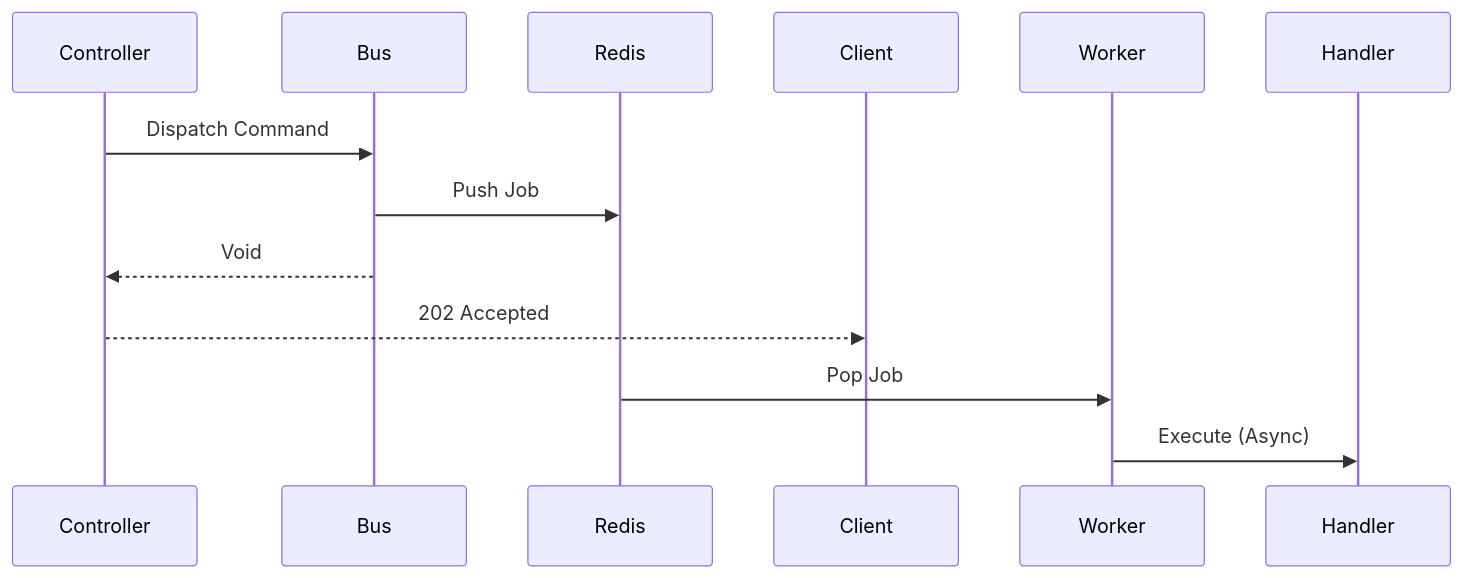
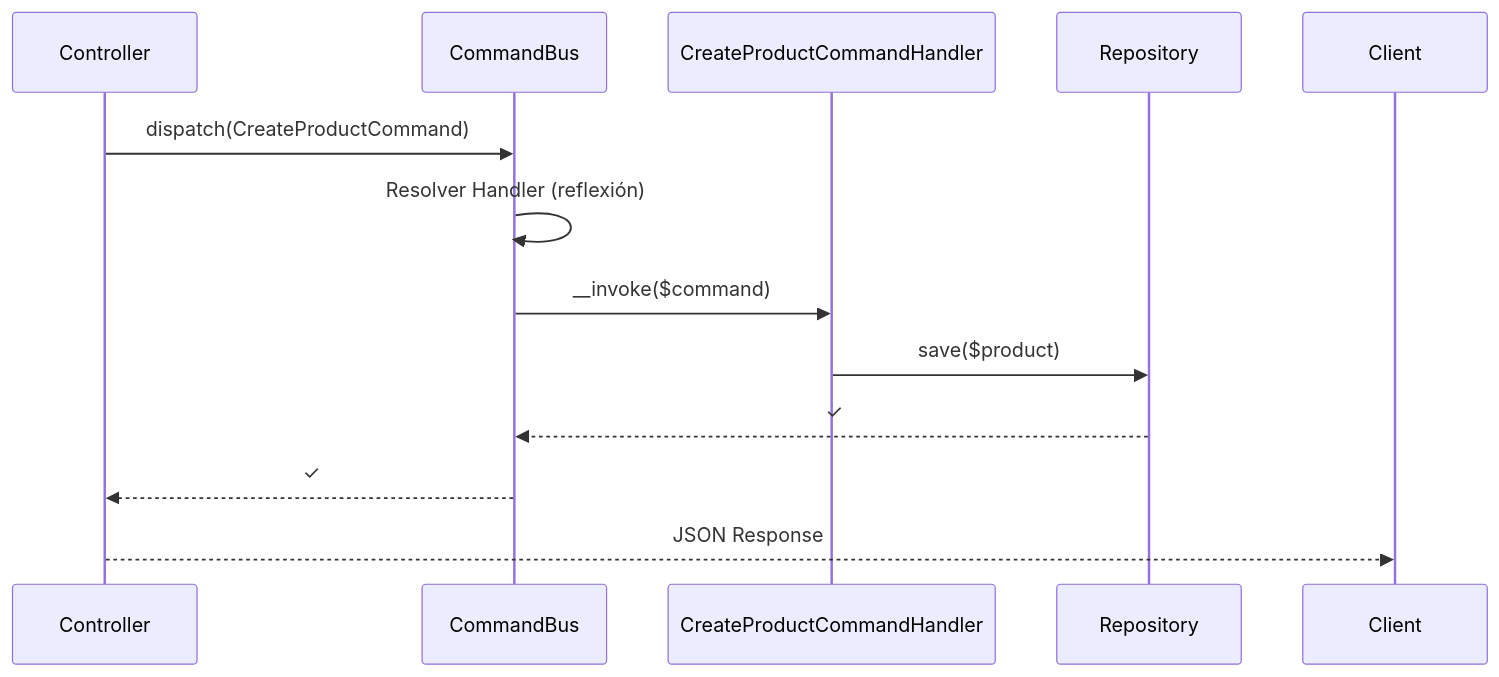
Before and after one commit to dbravoan/dba-ddd-skeleton: the fourth of 4 diagrams in README.md, drawn with Mermaid. The commit also changed other lines of this file and 102 other files, not shown here.

Commit message:
feat: harden skeleton architecture, remove dead code, and align docs

````diff
--- a/README.md
+++ b/README.md
@@ -297,10 +621,10 @@
 ```mermaid
 sequenceDiagram
-    Controller->>Bus: Dispatch Command
-    Bus->>Redis: Push Job
-    Bus-->>Controller: Void
-    Controller-->>Client: 202 Accepted
-    
-    Redis->>Worker: Pop Job
-    Worker->>Handler: Execute (Async)
+    Controller->>CommandBus: dispatch(CreateProductCommand)
+    CommandBus->>CommandBus: Resolver Handler (reflexión)
+    CommandBus->>CreateProductCommandHandler: __invoke($command)
+    CreateProductCommandHandler->>Repository: save($product)
+    Repository-->>CommandBus: ✓
+    CommandBus-->>Controller: ✓
+    Controller-->>Client: JSON Response
 ```
````
